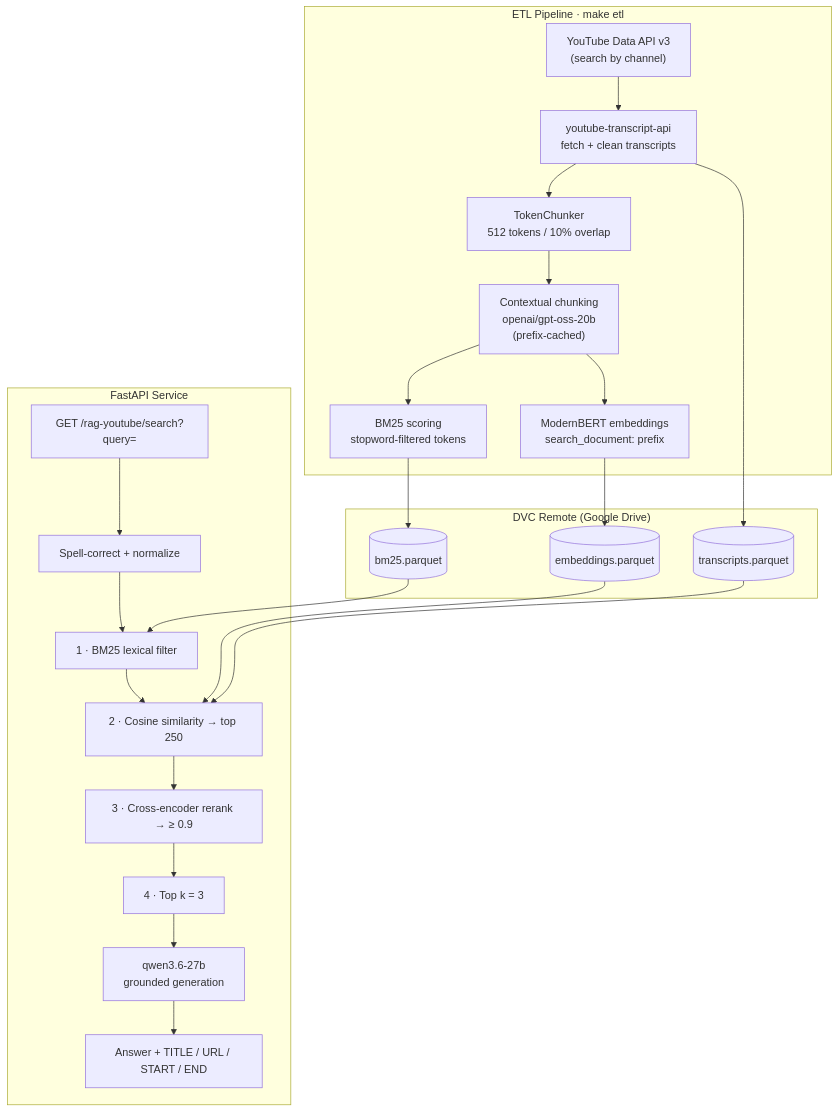
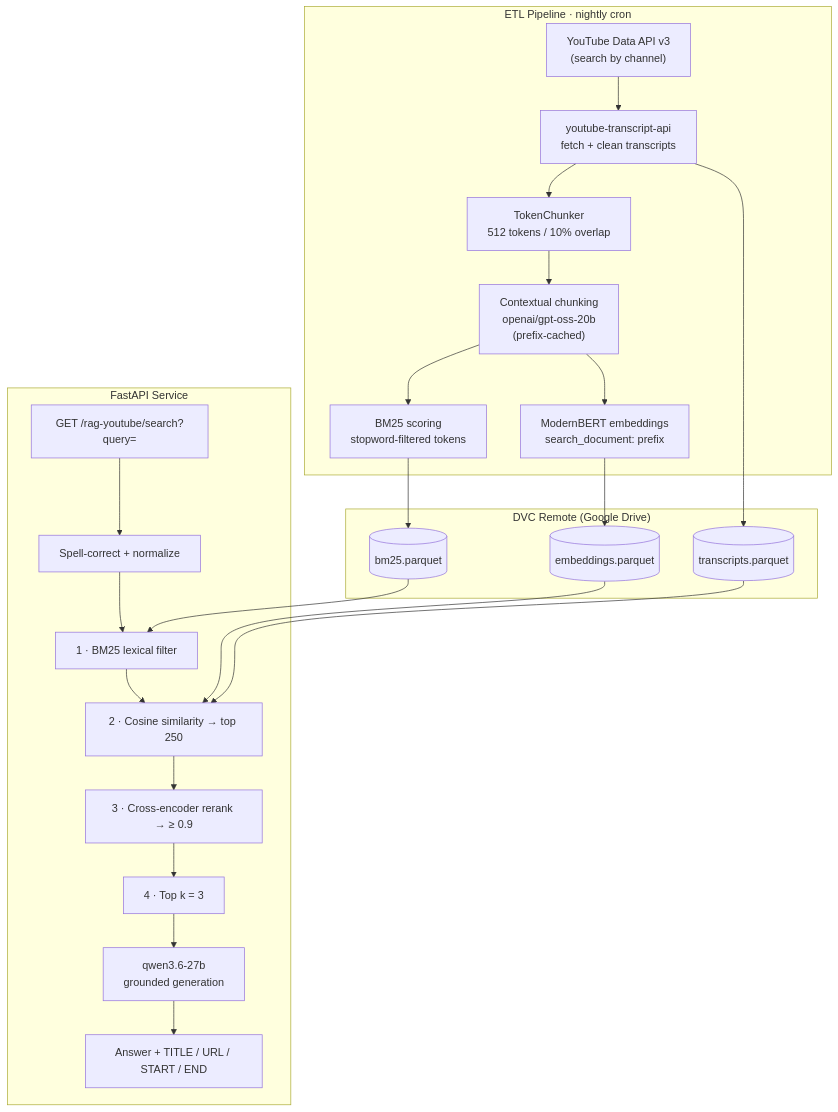
The diagram in README.md (ncheymbamalu/rag-youtube-transcripts), drawn with Mermaid before and after one commit. The commit also changed other lines of this file and 6 other files, not shown here.

````diff
--- a/README.md
+++ b/README.md
@@ -61,34 +62,34 @@
 ```mermaid
 flowchart TB
-    subgraph etl["ETL Pipeline · make etl"]
+    subgraph etl["ETL Pipeline · nightly cron"]
         Y["YouTube Data API v3<br/>(search by channel)"] --> T["youtube-transcript-api<br/>fetch + clean transcripts"]
         T --> C["TokenChunker<br/>512 tokens / 10% overlap"]
         C --> CC["Contextual chunking<br/>openai/gpt-oss-20b<br/>(prefix-cached)"]
         CC --> E["ModernBERT embeddings<br/>search_document: prefix"]
         CC --> B["BM25 scoring<br/>stopword-filtered tokens"]
     end
 
     subgraph store["DVC Remote (Google Drive)"]
         TP[("transcripts.parquet")]
         EP[("embeddings.parquet")]
         BP[("bm25.parquet")]
     end
 
     T --> TP
     E --> EP
     B --> BP
 
     subgraph api["FastAPI Service"]
         Q["GET /rag-youtube/search?query="] --> PP["Spell-correct + normalize"]
         PP --> L1["1 · BM25 lexical filter"]
         L1 --> L2["2 · Cosine similarity → top 250"]
         L2 --> L3["3 · Cross-encoder rerank → ≥ 0.9"]
         L3 --> L4["4 · Top k = 3"]
         L4 --> G["qwen3.6-27b<br/>grounded generation"]
         G --> R["Answer + TITLE / URL / START / END"]
     end
 
     BP --> L1
     EP --> L2
     TP --> L2
 ```
````
